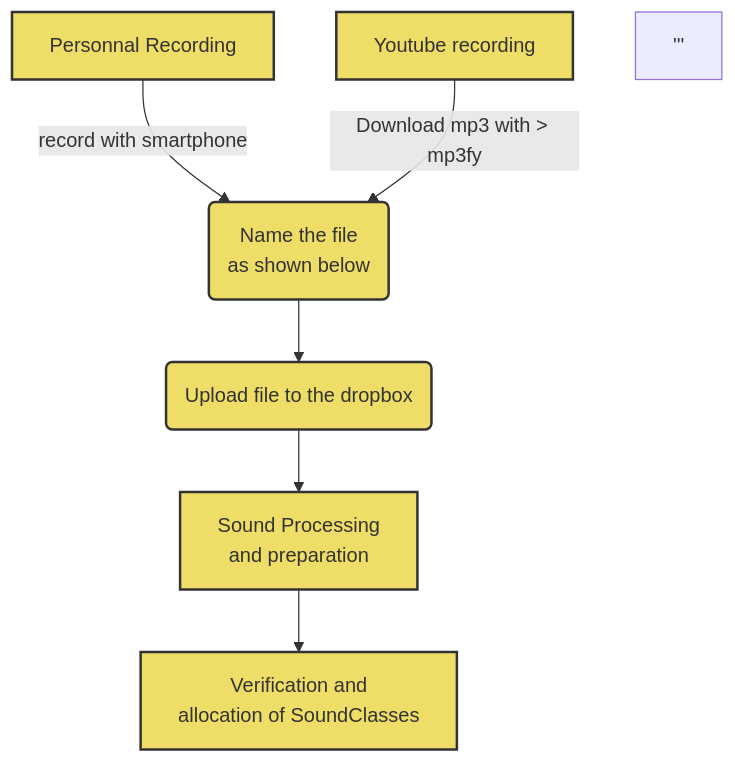
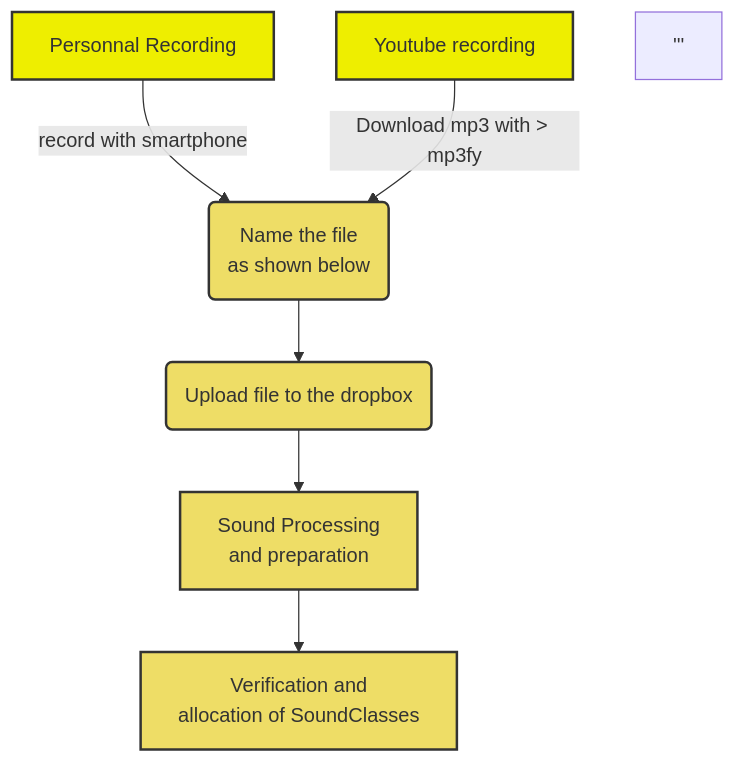
One commit to FrogBoss74/RealCatTranslator changed the diagram in README.md. Above: the diagram before and after it, drawn with Mermaid. The commit also changed other lines of this file, not shown here.

````diff
--- a/README.md
+++ b/README.md
@@ -25,16 +25,16 @@
 ```mermaid
 
 graph TD
 A1[Personnal <span>Recording</span>] -->|record with smartphone| B(Name the file <br>as shown below</br>)
 A2[Youtube recording] -->|Download mp3 with > mp3fy| B
 B --> C(Upload file to the dropbox)
 C -->D1[Sound Processing <br>and preparation</br>]
 D1 -->D2[Verification and <br>allocation of SoundClasses</br>]
-style A1 fill:#ed6,stroke:#333,stroke-width:2px;
-style A2 fill:#ed6,stroke:#333,stroke-width:2px;
+style A1 fill:#ee0,stroke:#333,stroke-width:2px;
+style A2 fill:#ee0,stroke:#333,stroke-width:2px;
 style B fill:#ed6,stroke:#333,stroke-width:2px;
 style C fill:#ed6,stroke:#333,stroke-width:2px;
 style D1 fill:#ed6,stroke:#333,stroke-width:2px;
 style D2 fill:#ed6,stroke:#333,stroke-width:2px;
 '''
 ```
````
